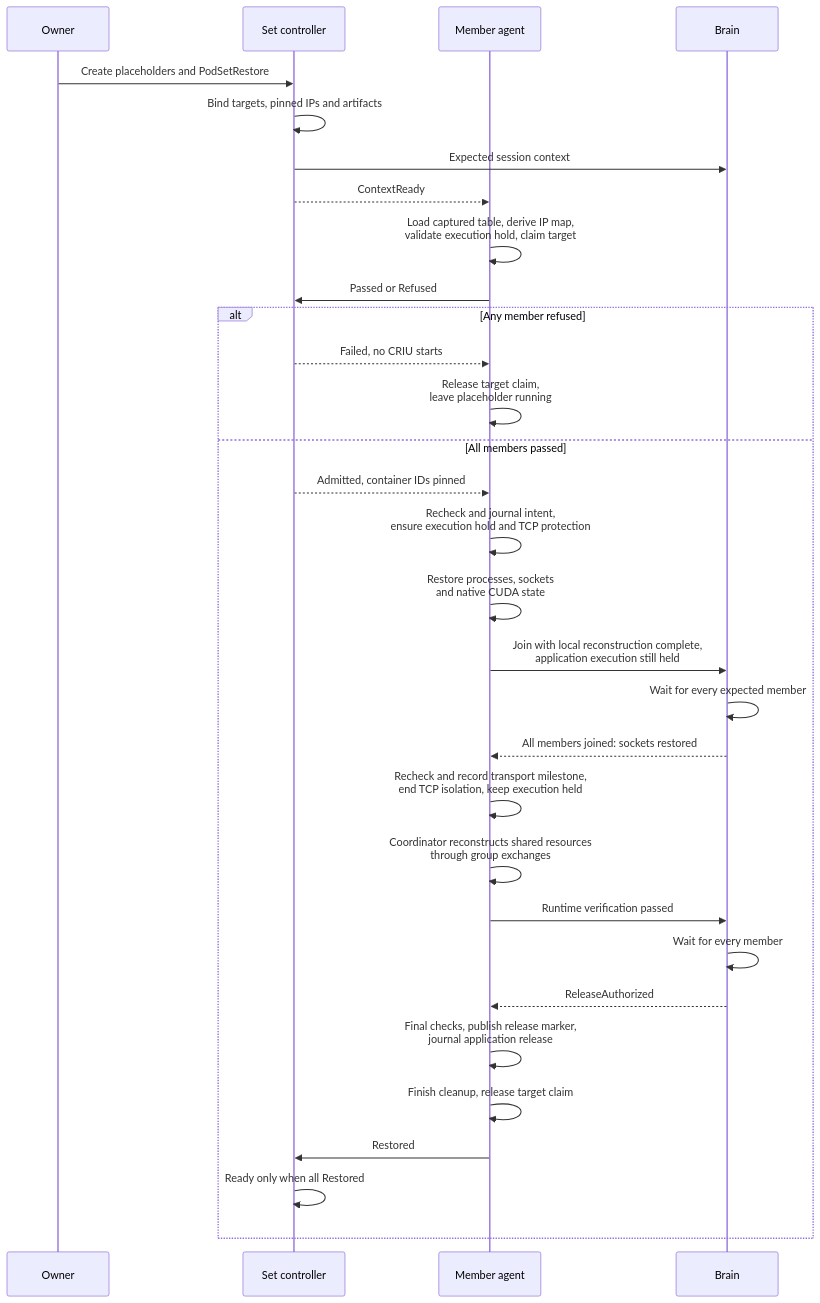
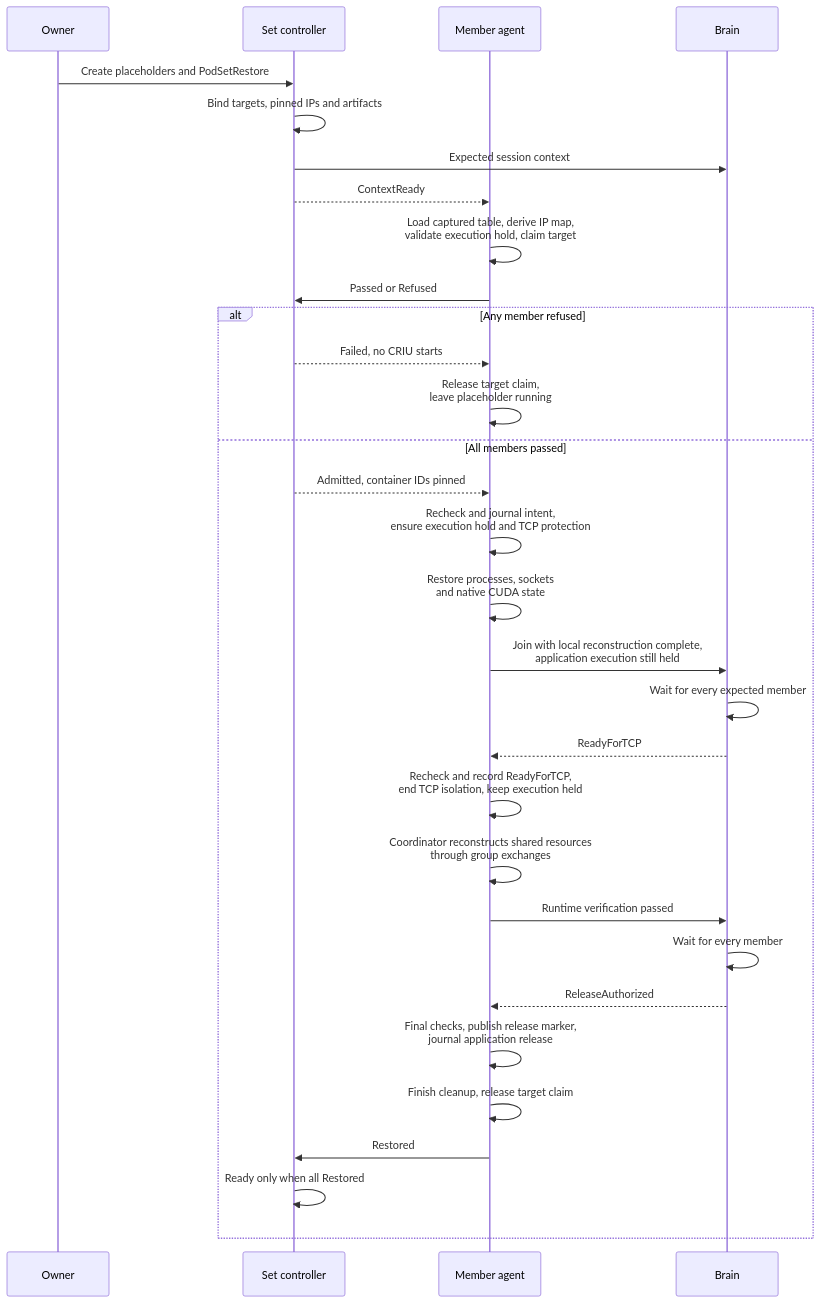
One commit to ai-dynamo/snapshot changed the fourth of 4 diagrams in docs/proposals/324-multi-pod-snapshot-restore/README.md. Above: the diagram before and after it, drawn with Mermaid. The commit also changed other lines of this file, not shown here.

Commit message:
docs: name TCP readiness milestone

````diff
--- a/docs/proposals/324-multi-pod-snapshot-restore/README.md
+++ b/docs/proposals/324-multi-pod-snapshot-restore/README.md
@@ -1054,33 +1050,33 @@
 ```mermaid
 sequenceDiagram
     participant O as Owner
     participant C as Set controller
     participant A as Member agent
     participant B as Brain
     O->>C: Create placeholders and PodSetRestore
     C->>C: Bind targets, pinned IPs and artifacts
     C->>B: Expected session context
     C-->>A: ContextReady
     A->>A: Load captured table, derive IP map,<br/>validate execution hold, claim target
     A->>C: Passed or Refused
     alt Any member refused
         C-->>A: Failed, no CRIU starts
         A->>A: Release target claim,<br/>leave placeholder running
     else All members passed
         C-->>A: Admitted, container IDs pinned
         A->>A: Recheck and journal intent,<br/>ensure execution hold and TCP protection
         A->>A: Restore processes, sockets<br/>and native CUDA state
         A->>B: Join with local reconstruction complete,<br/>application execution still held
         B->>B: Wait for every expected member
-        B-->>A: All members joined: sockets restored
-        A->>A: Recheck and record transport milestone,<br/>end TCP isolation, keep execution held
+        B-->>A: ReadyForTCP
+        A->>A: Recheck and record ReadyForTCP,<br/>end TCP isolation, keep execution held
         A->>A: Coordinator reconstructs shared resources<br/>through group exchanges
         A->>B: Runtime verification passed
         B->>B: Wait for every member
         B-->>A: ReleaseAuthorized
         A->>A: Final checks, publish release marker,<br/>journal application release
         A->>A: Finish cleanup, release target claim
         A->>C: Restored
         C->>C: Ready only when all Restored
     end
 ```
````
